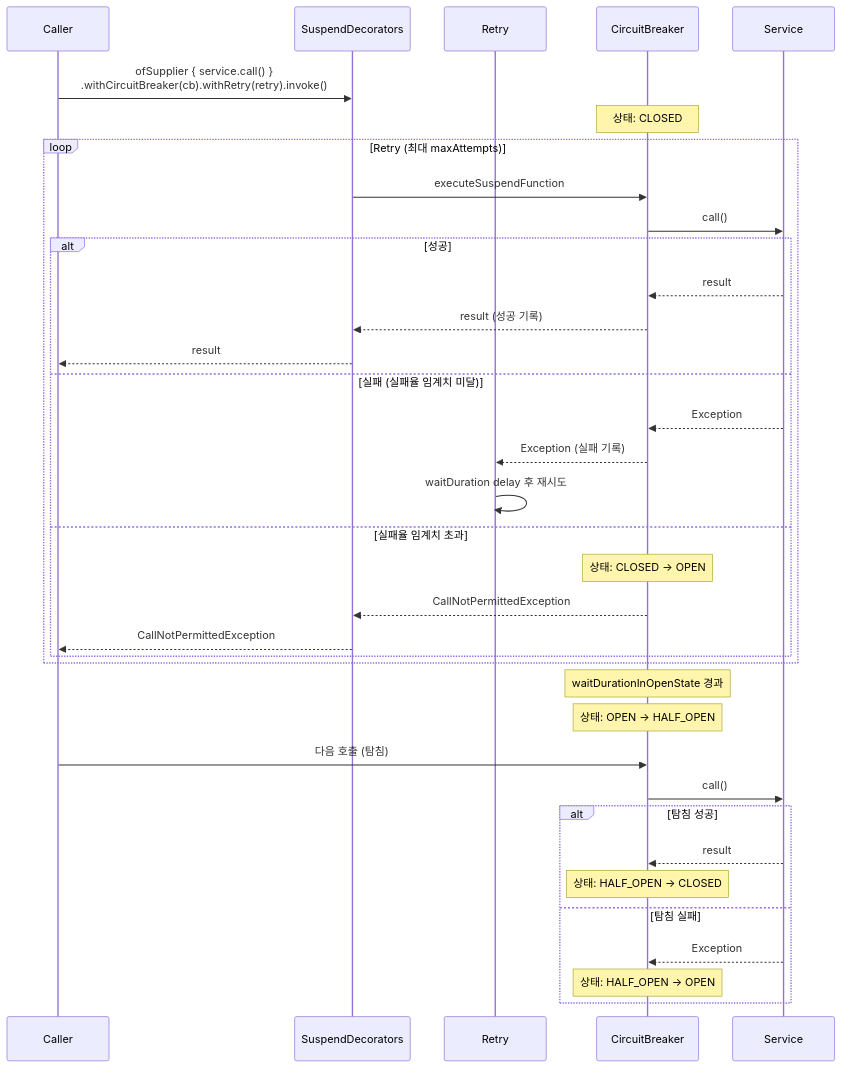
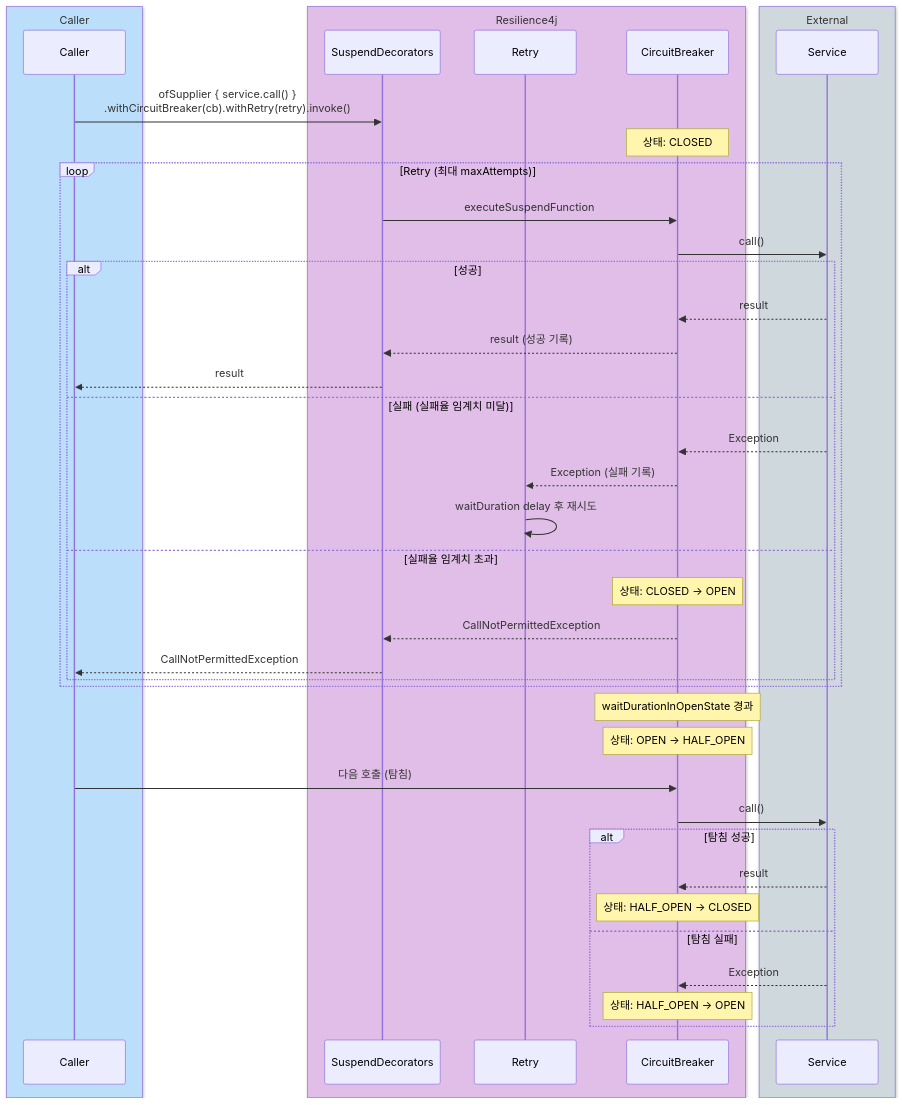
Before and after one commit to bluetape4k/bluetape4k-projects: the second of 3 diagrams in infra/resilience4j/README.ko.md, drawn with Mermaid. The commit also changed other lines of this file and 221 other files, not shown here.

First line of the commit message:
docs: 전체 모듈 README UML 다이어그램 보강 및 색상 업그레이드

````diff
--- a/infra/resilience4j/README.ko.md
+++ b/infra/resilience4j/README.ko.md
@@ -91,41 +97,47 @@
 ```mermaid
 sequenceDiagram
+    box rgb(187,222,251) Caller
     participant Caller
+    end
+    box rgb(225,190,231) Resilience4j
     participant SuspendDecorators
     participant Retry
     participant CircuitBreaker
+    end
+    box rgb(207,216,220) External
     participant Service
+    end
     Caller ->> SuspendDecorators: ofSupplier { service.call() }<br/>.withCircuitBreaker(cb).withRetry(retry).invoke()
     Note over CircuitBreaker: 상태: CLOSED
 
     loop Retry (최대 maxAttempts)
         SuspendDecorators ->> CircuitBreaker: executeSuspendFunction
         CircuitBreaker ->> Service: call()
 
         alt 성공
             Service -->> CircuitBreaker: result
             CircuitBreaker -->> SuspendDecorators: result (성공 기록)
             SuspendDecorators -->> Caller: result
         else 실패 (실패율 임계치 미달)
             Service -->> CircuitBreaker: Exception
             CircuitBreaker -->> Retry: Exception (실패 기록)
             Retry ->> Retry: waitDuration delay 후 재시도
         else 실패율 임계치 초과
             Note over CircuitBreaker: 상태: CLOSED → OPEN
             CircuitBreaker -->> SuspendDecorators: CallNotPermittedException
             SuspendDecorators -->> Caller: CallNotPermittedException
         end
     end
 
     Note over CircuitBreaker: waitDurationInOpenState 경과
     Note over CircuitBreaker: 상태: OPEN → HALF_OPEN
     Caller ->> CircuitBreaker: 다음 호출 (탐침)
     CircuitBreaker ->> Service: call()
     alt 탐침 성공
         Service -->> CircuitBreaker: result
         Note over CircuitBreaker: 상태: HALF_OPEN → CLOSED
     else 탐침 실패
         Service -->> CircuitBreaker: Exception
         Note over CircuitBreaker: 상태: HALF_OPEN → OPEN
     end
 ```
````
